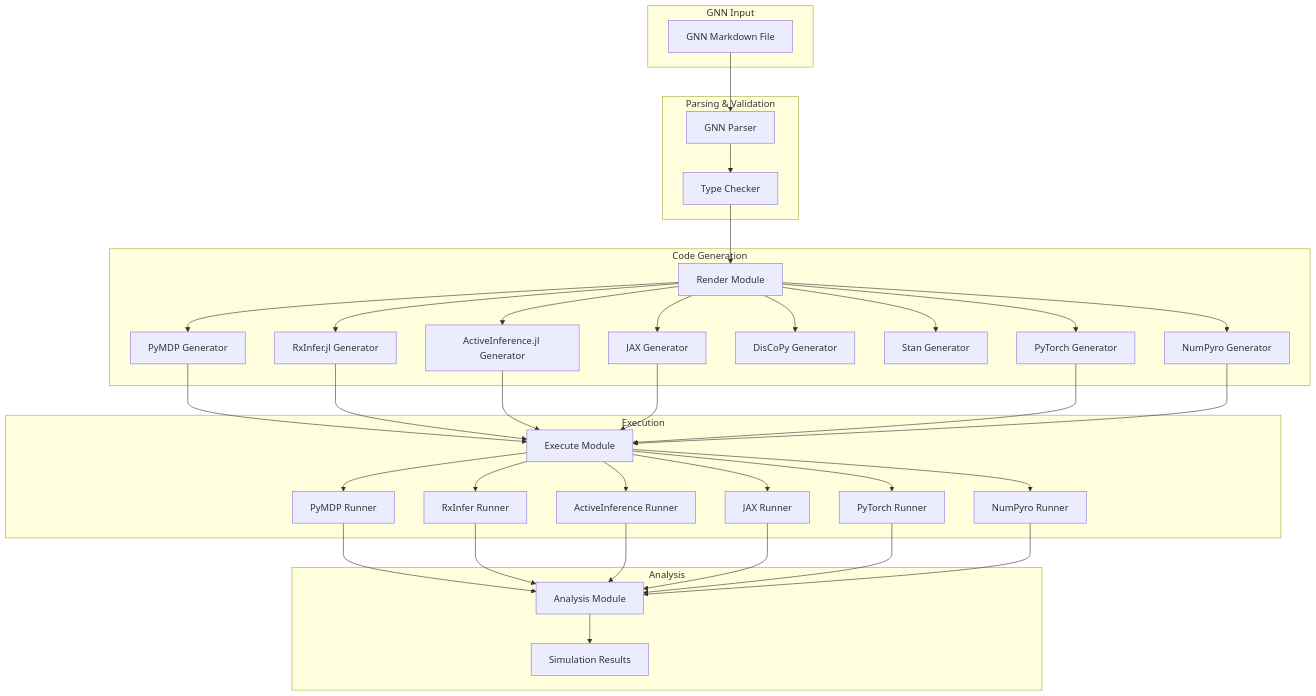
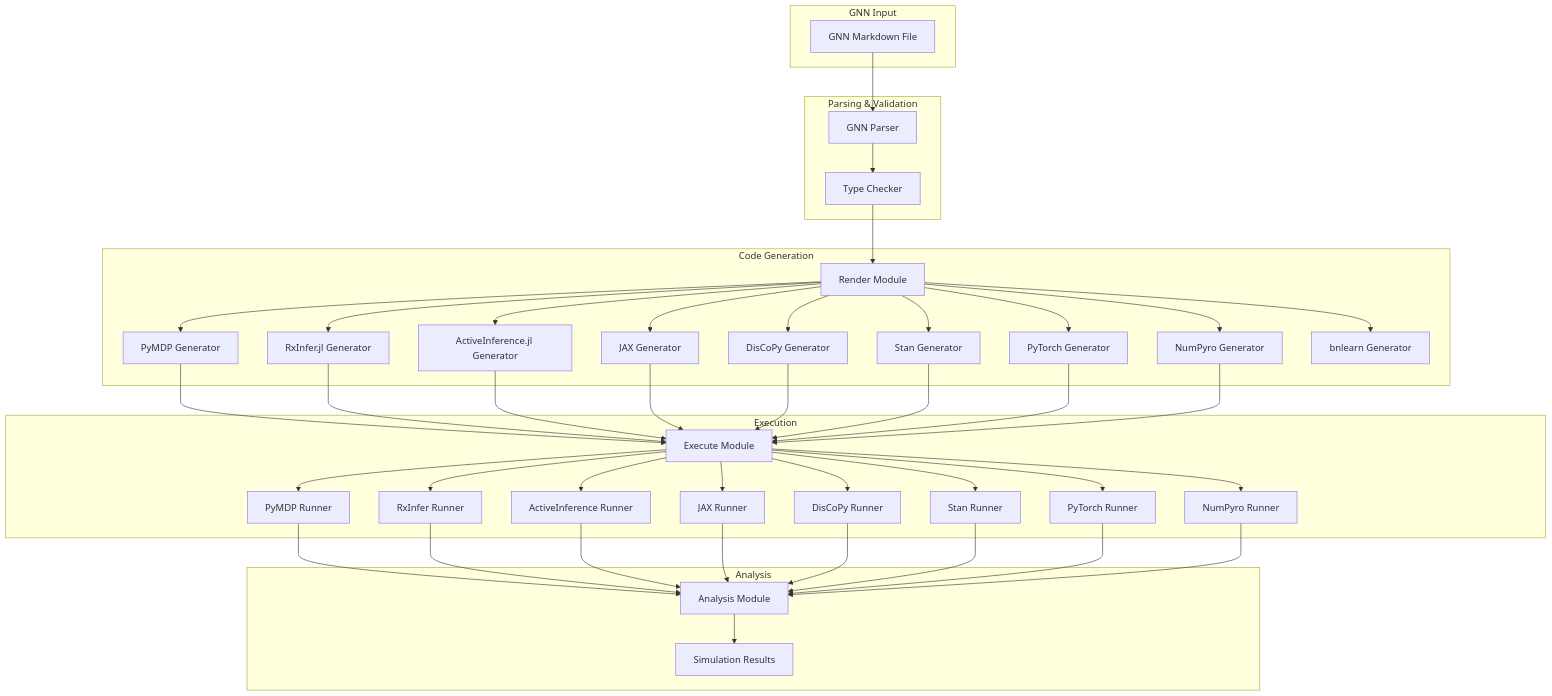
Before and after one commit to ActiveInferenceInstitute/GeneralizedNotationNotation: the fourth of 8 diagrams in README.md, drawn with Mermaid. The commit also changed other lines of this file and 278 other files, not shown here.

```diff
--- a/README.md
+++ b/README.md
@@ -398,6 +398,7 @@
         Stan[Stan Generator]
         PyTorch[PyTorch Generator]
         NumPyro[NumPyro Generator]
+        Bnlearn[bnlearn Generator]
     end
     
     subgraph "Execution"
@@ -406,6 +407,8 @@
         RxInferExec[RxInfer Runner]
         ActInfExec[ActiveInference Runner]
         JAXExec[JAX Runner]
+        DisCoPyExec[DisCoPy Runner]
+        StanExec[Stan Runner]
         PyTorchExec[PyTorch Runner]
         NumPyroExec[NumPyro Runner]
     end
@@ -427,11 +430,14 @@
     Renderer --> Stan
     Renderer --> PyTorch
     Renderer --> NumPyro
+    Renderer --> Bnlearn
     
     PyMDP --> Executor
     RxInfer --> Executor
     ActInf --> Executor
     JAX --> Executor
+    DisCoPy --> Executor
+    Stan --> Executor
     PyTorch --> Executor
     NumPyro --> Executor
     
@@ -439,6 +445,8 @@
     Executor --> RxInferExec
     Executor --> ActInfExec
     Executor --> JAXExec
+    Executor --> DisCoPyExec
+    Executor --> StanExec
     Executor --> PyTorchExec
     Executor --> NumPyroExec
     
@@ -446,6 +454,8 @@
     RxInferExec --> Analyzer
     ActInfExec --> Analyzer
     JAXExec --> Analyzer
+    DisCoPyExec --> Analyzer
+    StanExec --> Analyzer
     PyTorchExec --> Analyzer
     NumPyroExec --> Analyzer
     
```
